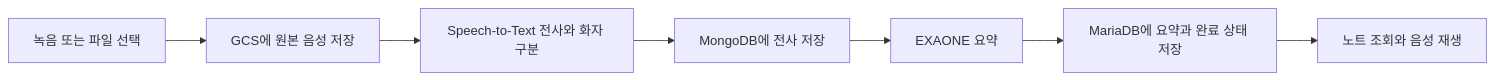
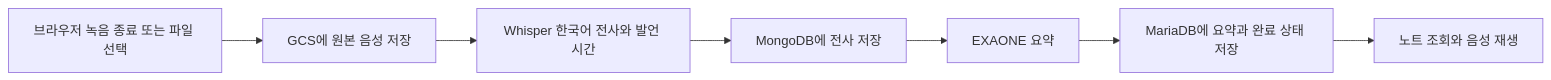
Before and after one commit to minseokKim6823/voice-notes-gcp: the diagram in README.md, drawn with Mermaid. The commit also changed other lines of this file and 30 other files, not shown here.

````diff
--- a/README.md
+++ b/README.md
@@ -73,9 +74,9 @@
 ```mermaid
 flowchart LR
-    A[녹음 또는 파일 선택] --> B[GCS에 원본 음성 저장]
-    B --> C[Speech-to-Text 전사와 화자 구분]
+    A[브라우저 녹음 종료 또는 파일 선택] --> B[GCS에 원본 음성 저장]
+    B --> C[Whisper 한국어 전사와 발언 시간]
     C --> D[MongoDB에 전사 저장]
     D --> E[EXAONE 요약]
     E --> F[MariaDB에 요약과 완료 상태 저장]
     F --> G[노트 조회와 음성 재생]
 ```
````
